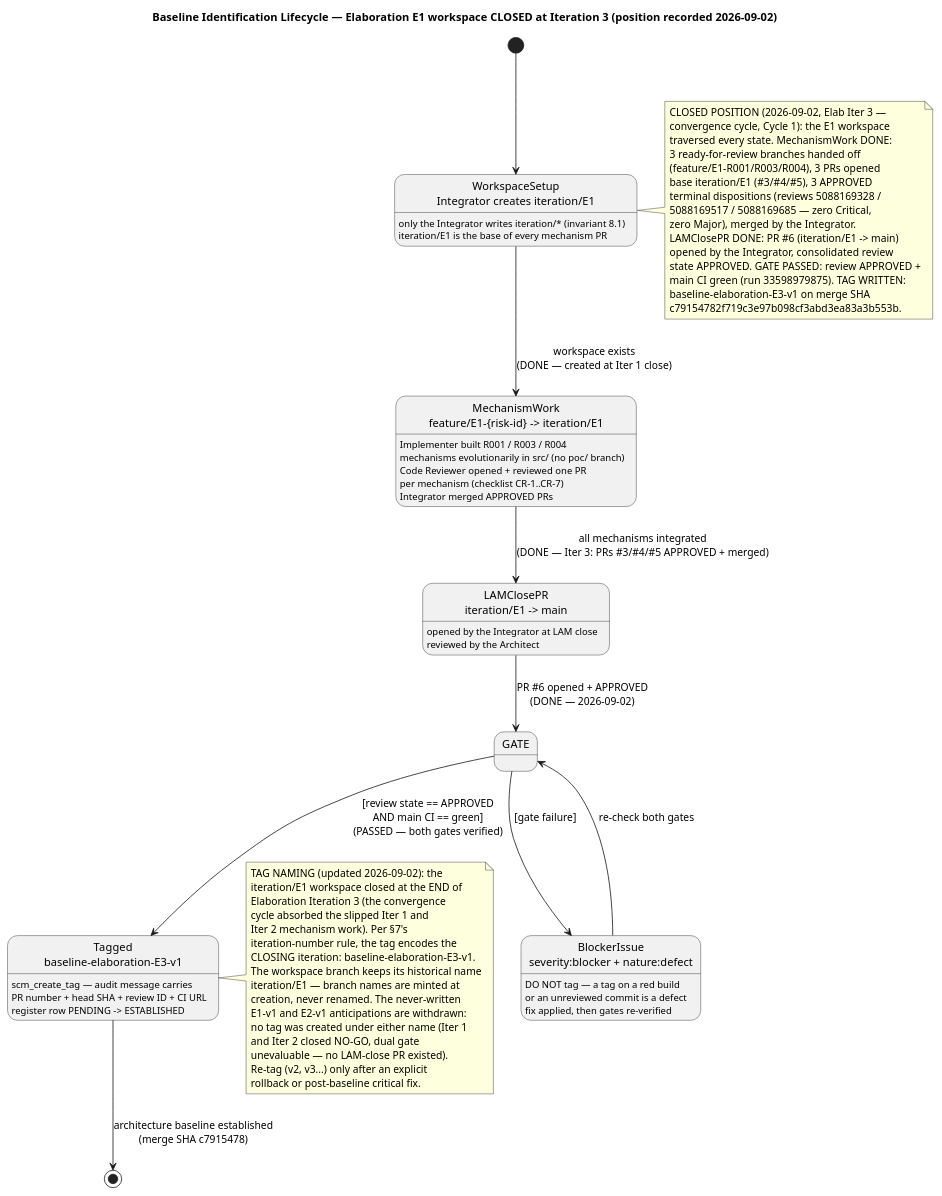
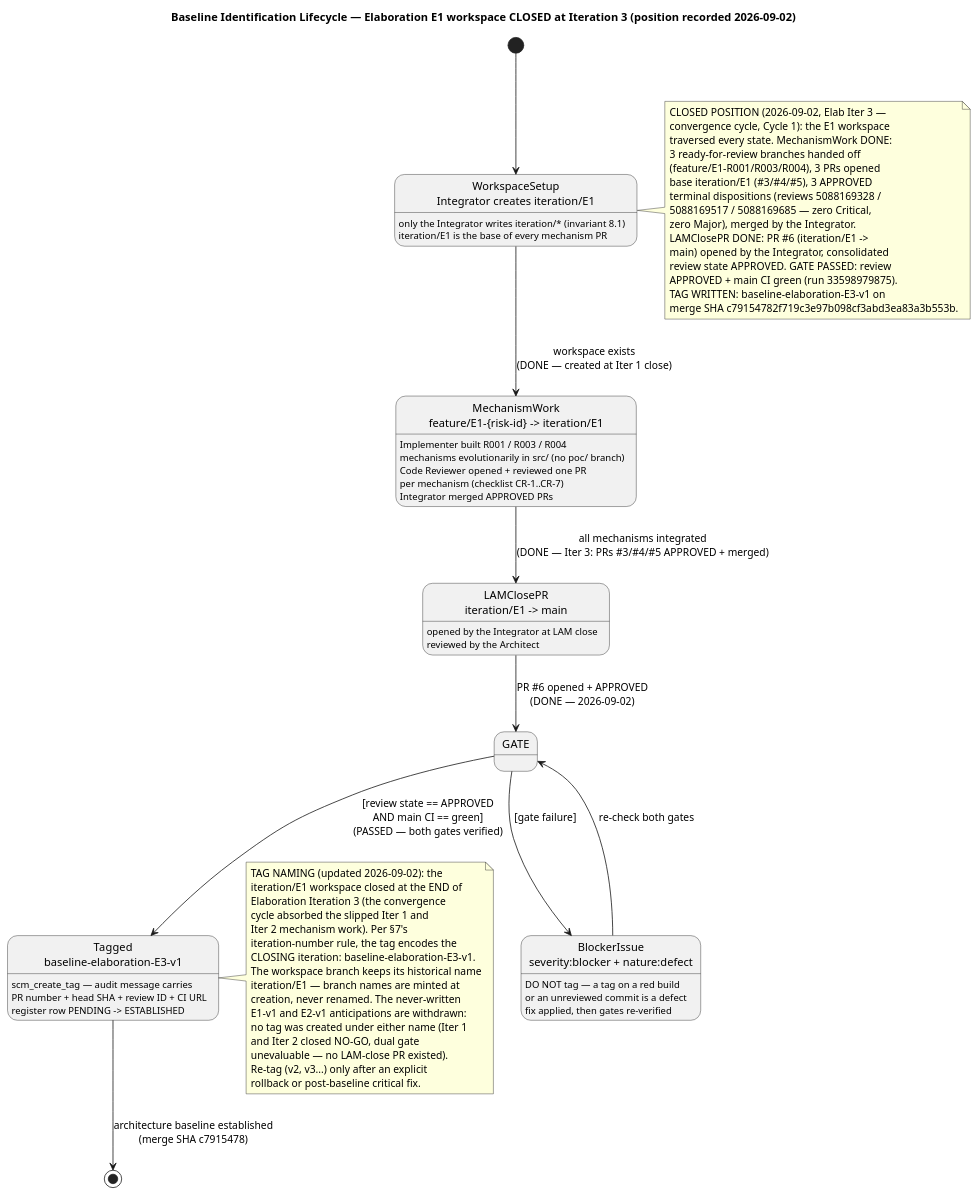
Before and after one commit to banense-test/employee-portal: the second of 6 diagrams in docs/BRANCHING_STRATEGY.md, drawn with PlantUML. The commit also changed other lines of this file, not shown here.

Commit message:
CM plan update (Elab Iter 5): E5 workspace CLOSED — baseline-elaboration-E5-v1 ESTABLISHED (PR #10 APPROVED, merge SHA 58484d21, main CI green run 33639518709); E5 lifecycle diagram + register row + identification-scheme note appended; E3-v1/E4-v1 remain ESTABLISHED

````diff
--- a/docs/BRANCHING_STRATEGY.md
+++ b/docs/BRANCHING_STRATEGY.md
@@ -161,77 +161,77 @@
 ```plantuml
 @startuml
 title Baseline Identification Lifecycle — Elaboration E1 workspace CLOSED at Iteration 3 (position recorded 2026-09-02)
 
 [*] --> WS
 state "WorkspaceSetup\nIntegrator creates iteration/E1" as WS {
   WS : only the Integrator writes iteration/* (invariant 8.1)
   WS : iteration/E1 is the base of every mechanism PR
 }
 WS --> MW : workspace exists\n(DONE — created at Iter 1 close)
 state "MechanismWork\nfeature/E1-{risk-id} -> iteration/E1" as MW {
   MW : Implementer built R001 / R003 / R004
   MW : mechanisms evolutionarily in src/ (no poc/ branch)
   MW : Code Reviewer opened + reviewed one PR
   MW : per mechanism (checklist CR-1..CR-7)
   MW : Integrator merged APPROVED PRs
 }
 MW --> LAM : all mechanisms integrated\n(DONE — Iter 3: PRs #3/#4/#5 APPROVED + merged)
 state "LAMClosePR\niteration/E1 -> main" as LAM {
   LAM : opened by the Integrator at LAM close
   LAM : reviewed by the Architect
 }
 LAM --> GATE : PR #6 opened + APPROVED\n(DONE — 2026-09-02)
 state GATE <<choice>>
 GATE --> TAG : [review state == APPROVED\nAND main CI == green]\n(PASSED — both gates verified)
 GATE --> BLK : [gate failure]
 state "Tagged\nbaseline-elaboration-E3-v1" as TAG {
   TAG : scm_create_tag — audit message carries
   TAG : PR number + head SHA + review ID + CI URL
   TAG : register row PENDING -> ESTABLISHED
 }
 state "BlockerIssue\nseverity:blocker + nature:defect" as BLK {
   BLK : DO NOT tag — a tag on a red build
   BLK : or an unreviewed commit is a defect
   BLK : fix applied, then gates re-verified
 }
 BLK --> GATE : re-check both gates
 TAG --> [*] : architecture baseline established\n(merge SHA c7915478)
 
 note right of WS
   CLOSED POSITION (2026-09-02, Elab Iter 3 —
   convergence cycle, Cycle 1): the E1 workspace
   traversed every state. MechanismWork DONE:
   3 ready-for-review branches handed off
   (feature/E1-R001/R003/R004), 3 PRs opened
   base iteration/E1 (#3/#4/#5), 3 APPROVED
   terminal dispositions (reviews 5088169328 /
   5088169517 / 5088169685 — zero Critical,
   zero Major), merged by the Integrator.
-  LAMClosePR DONE: PR #6 (iteration/E1 -> main)
-  opened by the Integrator, consolidated review
-  state APPROVED. GATE PASSED: review APPROVED +
-  main CI green (run 33598979875). TAG WRITTEN:
-  baseline-elaboration-E3-v1 on merge SHA
-  c79154782f719c3e97b098cf3abd3ea83a3b553b.
+  LAMClosePR DONE: PR #6 (iteration/E1 ->
+  main) opened by the Integrator, consolidated
+  review state APPROVED. GATE PASSED: review
+  APPROVED + main CI green (run 33598979875).
+  TAG WRITTEN: baseline-elaboration-E3-v1 on
+  merge SHA c79154782f719c3e97b098cf3abd3ea83a3b553b.
 end note
 
 note right of TAG
   TAG NAMING (updated 2026-09-02): the
   iteration/E1 workspace closed at the END of
   Elaboration Iteration 3 (the convergence
   cycle absorbed the slipped Iter 1 and
   Iter 2 mechanism work). Per §7's
   iteration-number rule, the tag encodes the
   CLOSING iteration: baseline-elaboration-E3-v1.
   The workspace branch keeps its historical name
   iteration/E1 — branch names are minted at
   creation, never renamed. The never-written
   E1-v1 and E2-v1 anticipations are withdrawn:
   no tag was created under either name (Iter 1
   and Iter 2 closed NO-GO, dual gate
   unevaluable — no LAM-close PR existed).
   Re-tag (v2, v3...) only after an explicit
   rollback or post-baseline critical fix.
 end note
 @enduml
 ```
````
